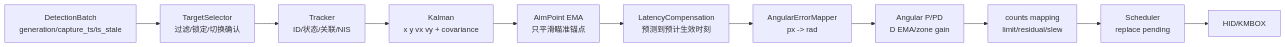
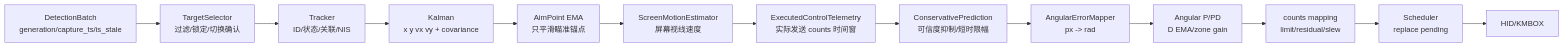
Before and after one commit to xi0yu/NovaSight: the first of 2 diagrams in docs/novasight-control-algorithm-audit.md, drawn with Mermaid. The commit also changed other lines of this file and 16 other files, not shown here.

````diff
--- a/docs/novasight-control-algorithm-audit.md
+++ b/docs/novasight-control-algorithm-audit.md
@@ -62,13 +63,15 @@
 ```mermaid
 flowchart LR
     DB[DetectionBatch<br/>generation/capture_ts/is_stale] --> Sel[TargetSelector<br/>过滤/锁定/切换确认]
     Sel --> Tr[Tracker<br/>ID/状态/关联/NIS]
     Tr --> K[Kalman<br/>x y vx vy + covariance]
     K --> Aim[AimPoint EMA<br/>只平滑瞄准锚点]
-    Aim --> Pred[LatencyCompensation<br/>预测到预计生效时刻]
+    Aim --> Vel[ScreenMotionEstimator<br/>屏幕视线速度]
+    Vel --> Exec[ExecutedControlTelemetry<br/>实际发送 counts 时间窗]
+    Exec --> Pred[ConservativePrediction<br/>可信度抑制/短时限幅]
     Pred --> Map[AngularErrorMapper<br/>px -> rad]
     Map --> PD[Angular P/PD<br/>D EMA/zone gain]
     PD --> Counts[counts mapping<br/>limit/residual/slew]
     Counts --> Sch[Scheduler<br/>replace pending]
     Sch --> Dev[HID/KMBOX]
 ```
````
